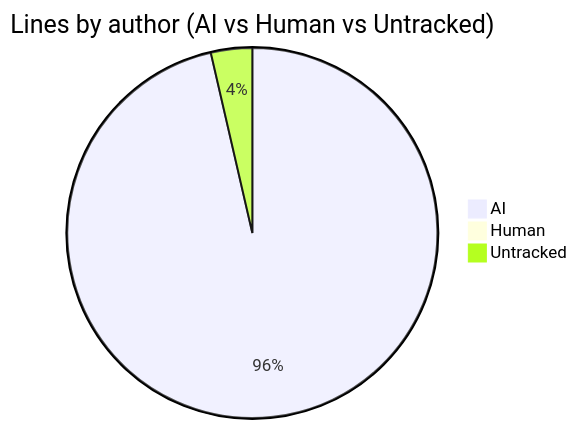
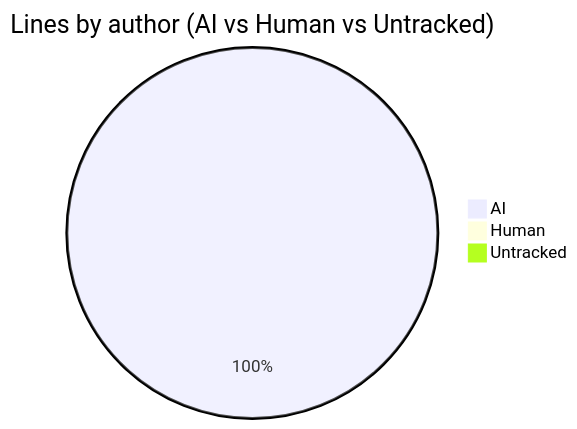
The second of 7 diagrams in AI-AUTHORSHIP.md (CaliMark/ai-authorship), drawn with Mermaid before and after one commit. The commit also changed other lines of this file and 1 other file, not shown here.

````diff
--- a/AI-AUTHORSHIP.md
+++ b/AI-AUTHORSHIP.md
@@ -34,6 +34,6 @@
 ```mermaid
 pie title Lines by author (AI vs Human vs Untracked)
-    "AI" : 481
+    "AI" : 457
     "Human" : 0
-    "Untracked" : 18
+    "Untracked" : 0
 ```
````
